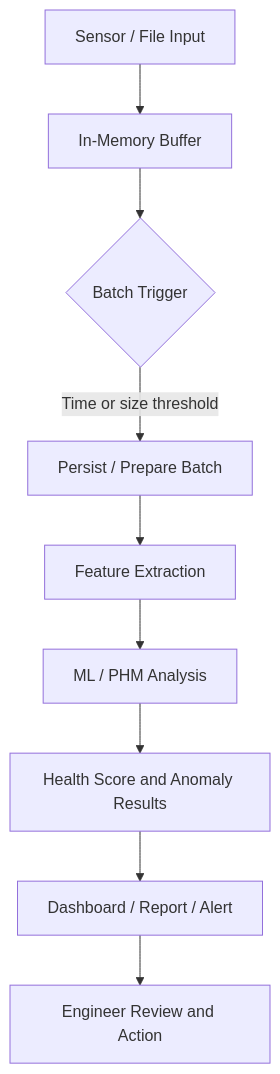
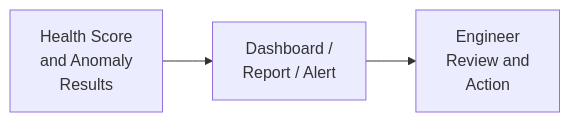
The fifth of 14 diagrams in content/en/projects/edge-ai-platform-ppt169/index.md (jiejiefu/blog), drawn with Mermaid before and after one commit. The commit also changed other lines of this file and 12 other files, not shown here.

````diff
--- a/content/en/projects/edge-ai-platform-ppt169/index.md
+++ b/content/en/projects/edge-ai-platform-ppt169/index.md
@@ -167,11 +172,5 @@
 ```mermaid
-flowchart TD
-    A["Sensor / File Input"] --> B["In-Memory Buffer"]
-    B --> C{"Batch Trigger"}
-    C -->|"Time or size threshold"| D["Persist / Prepare Batch"]
-    D --> E["Feature Extraction"]
-    E --> F["ML / PHM Analysis"]
-    F --> G["Health Score and Anomaly Results"]
-    G --> H["Dashboard / Report / Alert"]
-    H --> I["Engineer Review and Action"]
+flowchart LR
+    G["Health Score<br/>and Anomaly<br/>Results"] --> H["Dashboard /<br/>Report / Alert"]
+    H --> I["Engineer<br/>Review and<br/>Action"]
 ```
````
